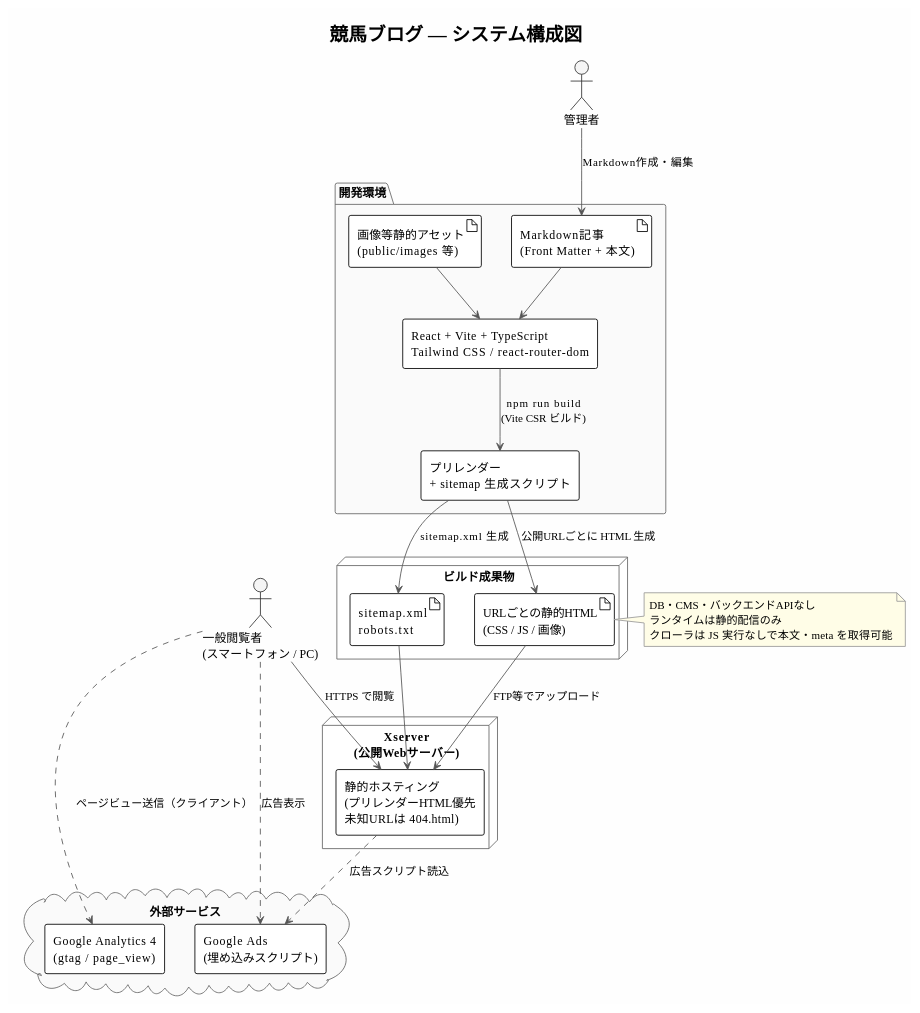
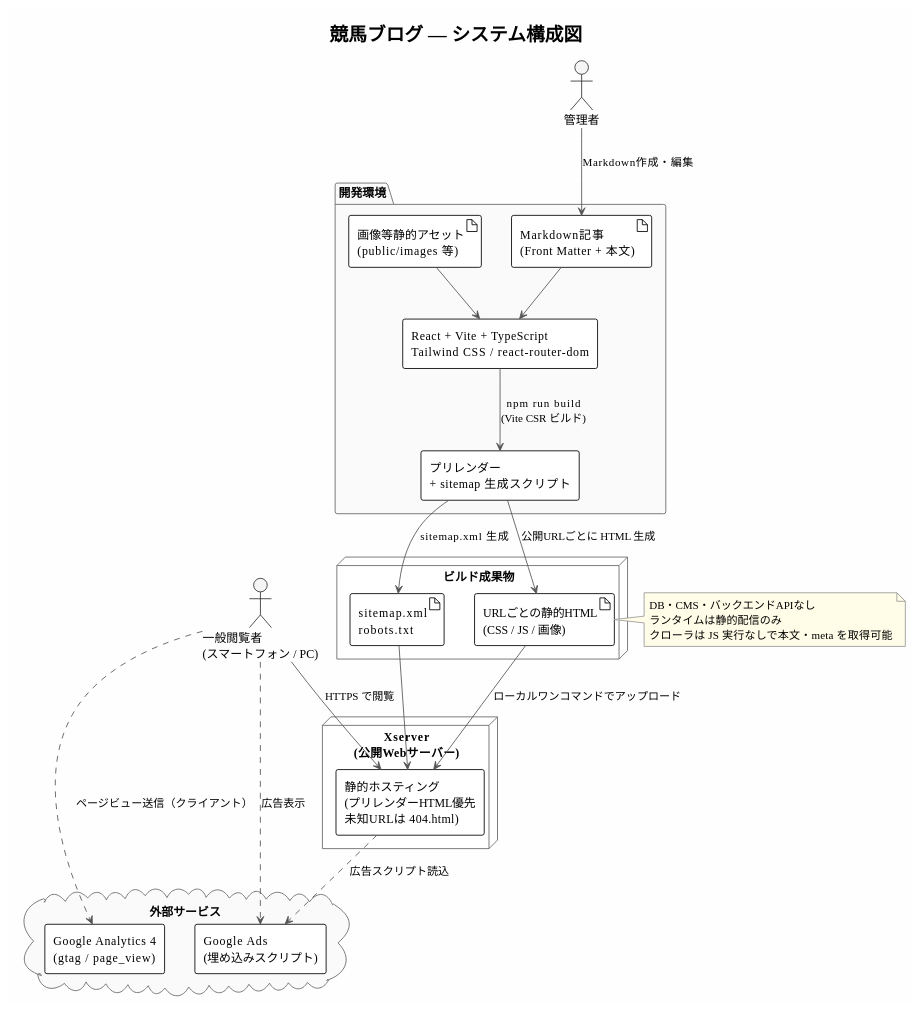
Before and after one commit to betashort/KEIBA_BLOG: the first of 2 diagrams in doc/03_design/architecture_design.md, drawn with PlantUML. The commit also changed other lines of this file and 29 other files, not shown here.

````diff
--- a/doc/03_design/architecture_design.md
+++ b/doc/03_design/architecture_design.md
@@ -89,64 +89,64 @@
 ```plantuml
 @startuml system_architecture
 !theme plain
 skinparam backgroundColor #FEFEFE
 skinparam shadowing false
 skinparam defaultFontName Meiryo
 skinparam componentStyle rectangle
 skinparam ArrowColor #555555
 skinparam ActorBorderColor #333333
 skinparam ActorBackgroundColor #F5F5F5
 skinparam PackageBorderColor #666666
 skinparam PackageBackgroundColor #FAFAFA
 skinparam NodeBorderColor #666666
 skinparam NodeBackgroundColor #FFFFFF
 skinparam NoteBorderColor #999999
 skinparam NoteBackgroundColor #FFFDE7
 
 title 競馬ブログ — システム構成図
 
 actor "管理者" as Admin
 actor "一般閲覧者\n(スマートフォン / PC)" as Visitor
 
 package "開発環境" as DevEnv {
   component "React + Vite + TypeScript\nTailwind CSS / react-router-dom" as App
   artifact "Markdown記事\n(Front Matter + 本文)" as Md
   artifact "画像等静的アセット\n(public/images 等)" as Assets
   component "プリレンダー\n+ sitemap 生成スクリプト" as Prerender
 }
 
 cloud "外部サービス" as Ext {
   component "Google Ads\n(埋め込みスクリプト)" as Ads
   component "Google Analytics 4\n(gtag / page_view)" as Ga
 }
 
 node "ビルド成果物" as Build {
   artifact "URLごとの静的HTML\n(CSS / JS / 画像)" as DistHtml
   artifact "sitemap.xml\nrobots.txt" as DistMap
 }
 
 node "Xserver\n(公開Webサーバー)" as Xserver {
   component "静的ホスティング\n(プリレンダーHTML優先\n未知URLは 404.html)" as Host
 }
 
 Admin --> Md : Markdown作成・編集
 Md --> App
 Assets --> App
 App --> Prerender : npm run build\n(Vite CSR ビルド)
 Prerender --> DistHtml : 公開URLごとに HTML 生成
 Prerender --> DistMap : sitemap.xml 生成
-DistHtml --> Host : FTP等でアップロード
+DistHtml --> Host : ローカルワンコマンドでアップロード
 DistMap --> Host
 Visitor --> Host : HTTPS で閲覧
 Host ..> Ads : 広告スクリプト読込
 Visitor ..> Ads : 広告表示
 Visitor ..> Ga : ページビュー送信（クライアント）
 
 note right of DistHtml
   DB・CMS・バックエンドAPIなし
   ランタイムは静的配信のみ
   クローラは JS 実行なしで本文・meta を取得可能
 end note
 
 @enduml
 ```
````
